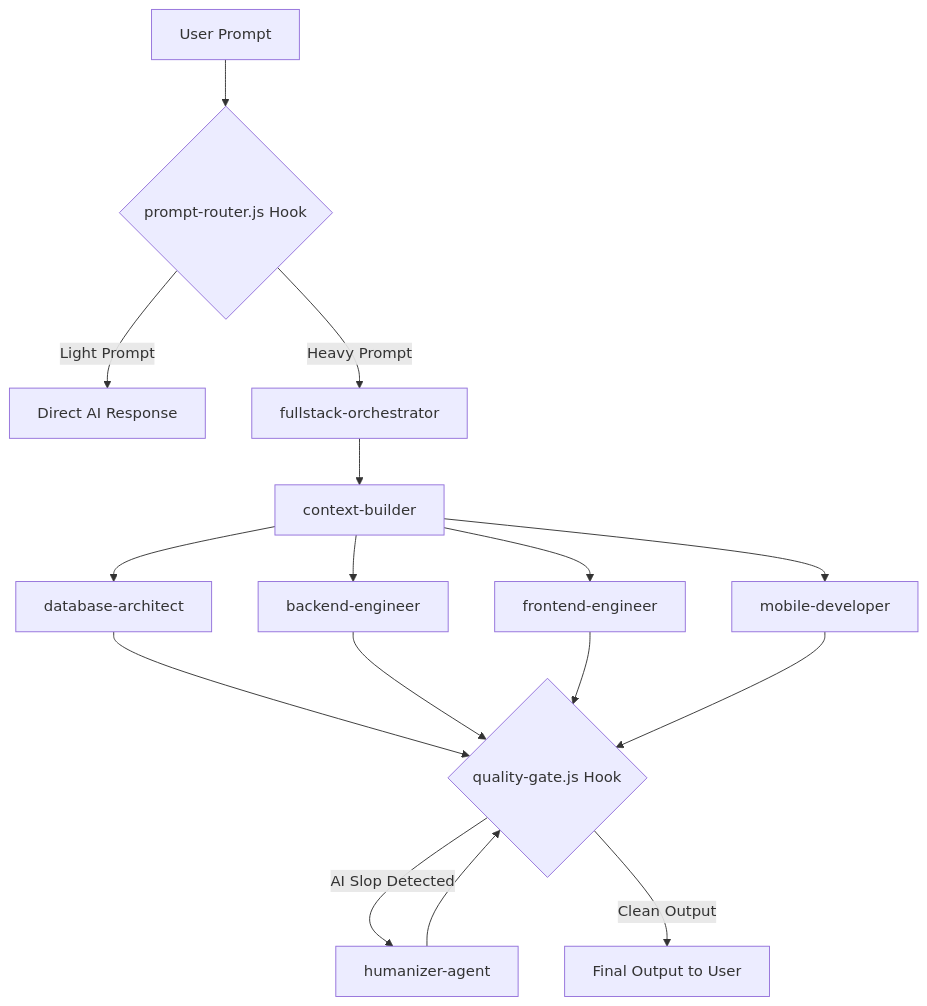
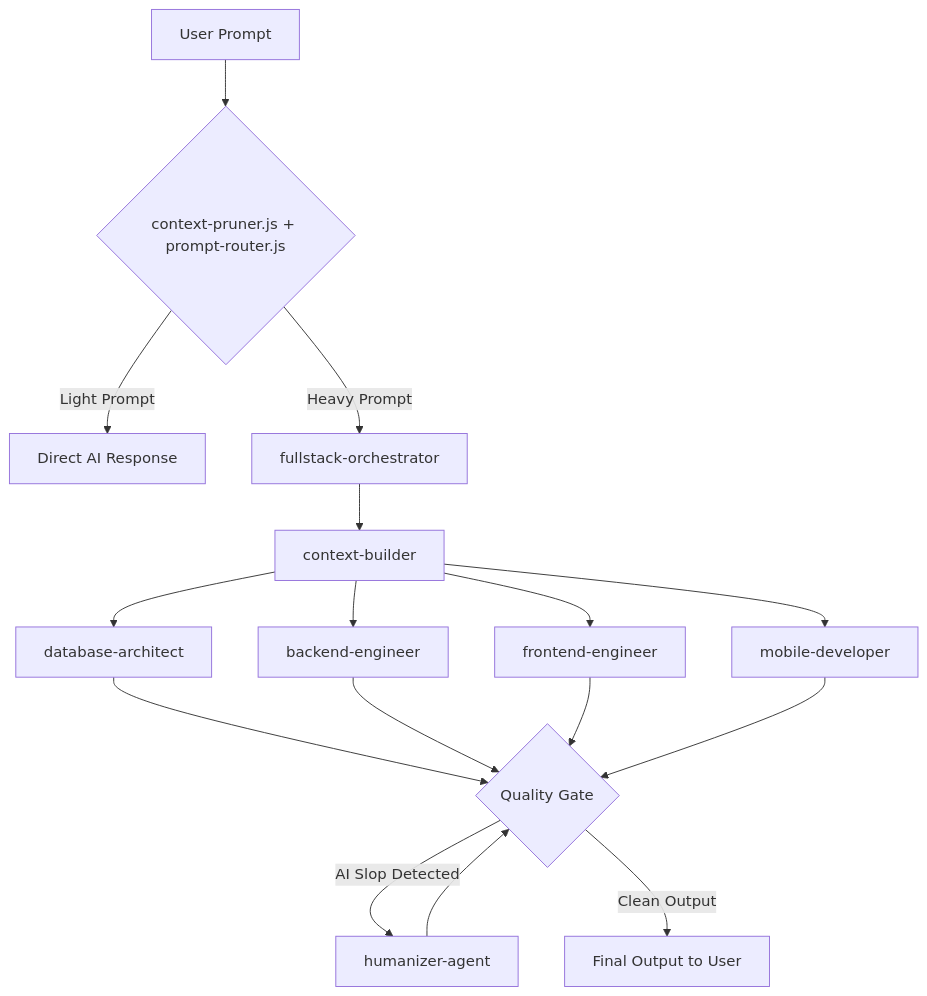
One commit to vansy11/universal-qwen-agentic-harness changed the diagram in README.md. Above: the diagram before and after it, drawn with Mermaid. The commit also changed other lines of this file and 7 other files, not shown here.

````diff
--- a/README.md
+++ b/README.md
@@ -176,15 +194,15 @@
 ```mermaid
 graph TD
-    A[User Prompt] --> B{prompt-router.js Hook}
+    A[User Prompt] --> B{context-pruner.js + prompt-router.js}
     B -->|Light Prompt| C[Direct AI Response]
     B -->|Heavy Prompt| D[fullstack-orchestrator]
     D --> E[context-builder]
     E --> F[database-architect]
     E --> G[backend-engineer]
     E --> H[frontend-engineer]
     E --> I[mobile-developer]
-    F & G & H & I --> J{quality-gate.js Hook}
+    F & G & H & I --> J{Quality Gate}
     J -->|AI Slop Detected| K[humanizer-agent]
     K --> J
     J -->|Clean Output| L[Final Output to User]
 ```
````
